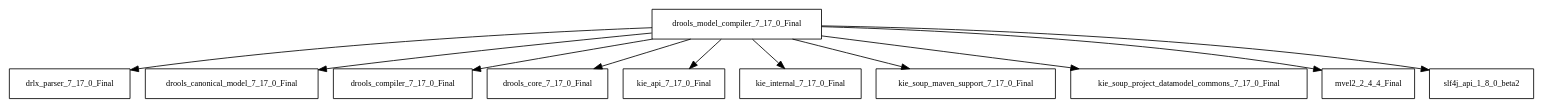
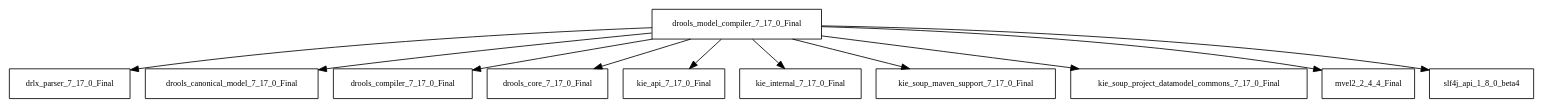
One commit to Hack23/cia changed the diagram in tattleTaleReport/graphviz/drools-model-compiler-7.17.0.Final.jar/drools-model-compiler-7.17.0.Final.jar.dot. Above: the diagram before and after it, drawn with Graphviz. The commit also changed 2261 other files, not shown here.

```diff
--- a/tattleTaleReport/graphviz/drools-model-compiler-7.17.0.Final.jar/drools-model-compiler-7.17.0.Final.jar.dot
+++ b/tattleTaleReport/graphviz/drools-model-compiler-7.17.0.Final.jar/drools-model-compiler-7.17.0.Final.jar.dot
@@ -1,13 +1,13 @@
 digraph drools_model_compiler_7_17_0_Final_dependencies {
   node [shape = box, fontsize=10.0];
   drools_model_compiler_7_17_0_Final -> drlx_parser_7_17_0_Final;
   drools_model_compiler_7_17_0_Final -> drools_canonical_model_7_17_0_Final;
   drools_model_compiler_7_17_0_Final -> drools_compiler_7_17_0_Final;
   drools_model_compiler_7_17_0_Final -> drools_core_7_17_0_Final;
   drools_model_compiler_7_17_0_Final -> kie_api_7_17_0_Final;
   drools_model_compiler_7_17_0_Final -> kie_internal_7_17_0_Final;
   drools_model_compiler_7_17_0_Final -> kie_soup_maven_support_7_17_0_Final;
   drools_model_compiler_7_17_0_Final -> kie_soup_project_datamodel_commons_7_17_0_Final;
   drools_model_compiler_7_17_0_Final -> mvel2_2_4_4_Final;
-  drools_model_compiler_7_17_0_Final -> slf4j_api_1_8_0_beta2;
+  drools_model_compiler_7_17_0_Final -> slf4j_api_1_8_0_beta4;
 }
```
